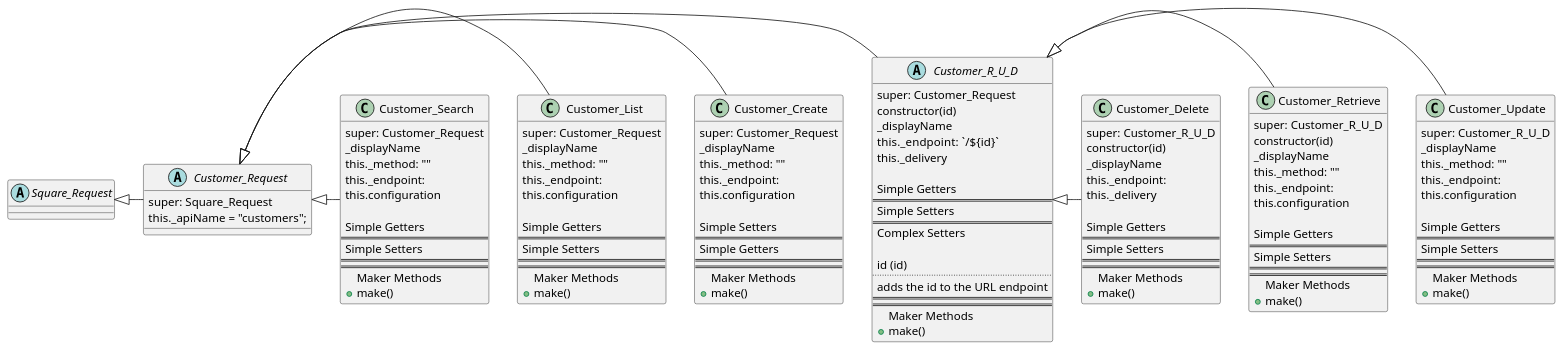
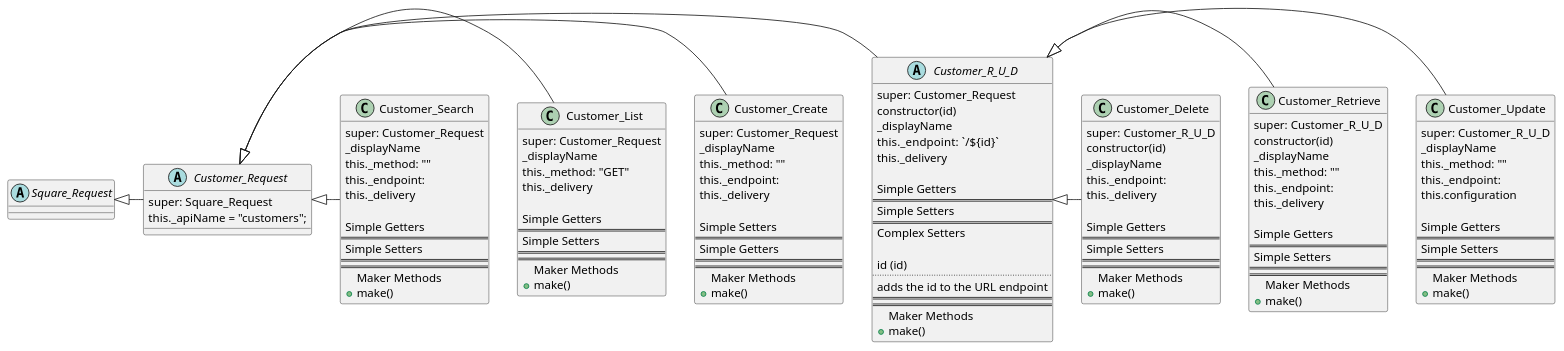
Before and after one commit to TwoFistedJustice/square-pie: the diagram in docs/uml/pie_customer_api.puml, drawn with PlantUML.

Commit message:
docs: diagram Customer_List

```diff
--- a/docs/uml/pie_customer_api.puml
+++ b/docs/uml/pie_customer_api.puml
@@ -1,149 +1,148 @@
 @startuml
 'https://plantuml.com/class-diagram
 
 Square_Request <|- Customer_Request
 Customer_Request <|- Customer_R_U_D
 Customer_R_U_D <|- Customer_Update
 Customer_R_U_D <|- Customer_Retrieve
 Customer_R_U_D <|- Customer_Delete
 Customer_Request <|- Customer_Create
 Customer_Request <|- Customer_List
 Customer_Request <|- Customer_Search
 
 abstract class Square_Request {}
 abstract class Customer_Request {
 super: Square_Request
 this._apiName = "customers";
 }
 
 abstract class Customer_R_U_D {
 super: Customer_Request
 constructor(id)
 _displayName
 this._endpoint:  `/${id}`
 this._delivery
 
 Simple Getters
 ==
 Simple Setters
 ==
 Complex Setters
 
 id (id)
 ..
 adds the id to the URL endpoint
 ==
 ==
 Maker Methods
 +make()
 }
 class Customer_Update {
 super: Customer_R_U_D
 _displayName
 this._method: ""
 this._endpoint:
 this.configuration
 
 Simple Getters
 ==
 Simple Setters
 ==
 ==
 Maker Methods
 +make()
 }
 class Customer_Retrieve {
 super: Customer_R_U_D
 constructor(id)
 _displayName
 this._method: ""
 this._endpoint:
-this.configuration
+this._delivery
 
 Simple Getters
 ==
 Simple Setters
 ==
 ==
 Maker Methods
 +make()
 }
 class Customer_Delete {
 super: Customer_R_U_D
 constructor(id)
 _displayName
 this._endpoint:
 this._delivery
 
 Simple Getters
 ==
 Simple Setters
 ==
 ==
 Maker Methods
 +make()
 }
 
 class Customer_Create {
 super: Customer_Request
 _displayName
 this._method: ""
 this._endpoint:
-this.configuration
+this._delivery
 
 Simple Setters
 ==
 Simple Getters
 ==
 ==
 Maker Methods
 +make()
 }
 class Customer_List {
 super: Customer_Request
 _displayName
-this._method: ""
-this._endpoint:
-this.configuration
+this._method: "GET"
+this._delivery
 
 Simple Getters
 ==
 Simple Setters
 ==
 ==
 Maker Methods
 +make()
 }
 class Customer_Search {
 super: Customer_Request
 _displayName
 this._method: ""
 this._endpoint:
-this.configuration
+this._delivery
 
 Simple Getters
 ==
 Simple Setters
 ==
 ==
 Maker Methods
 +make()
 }
 
 
 
 
 
 
 
 
 
 
 
 
 
 
 
 
 
 @enduml
```
